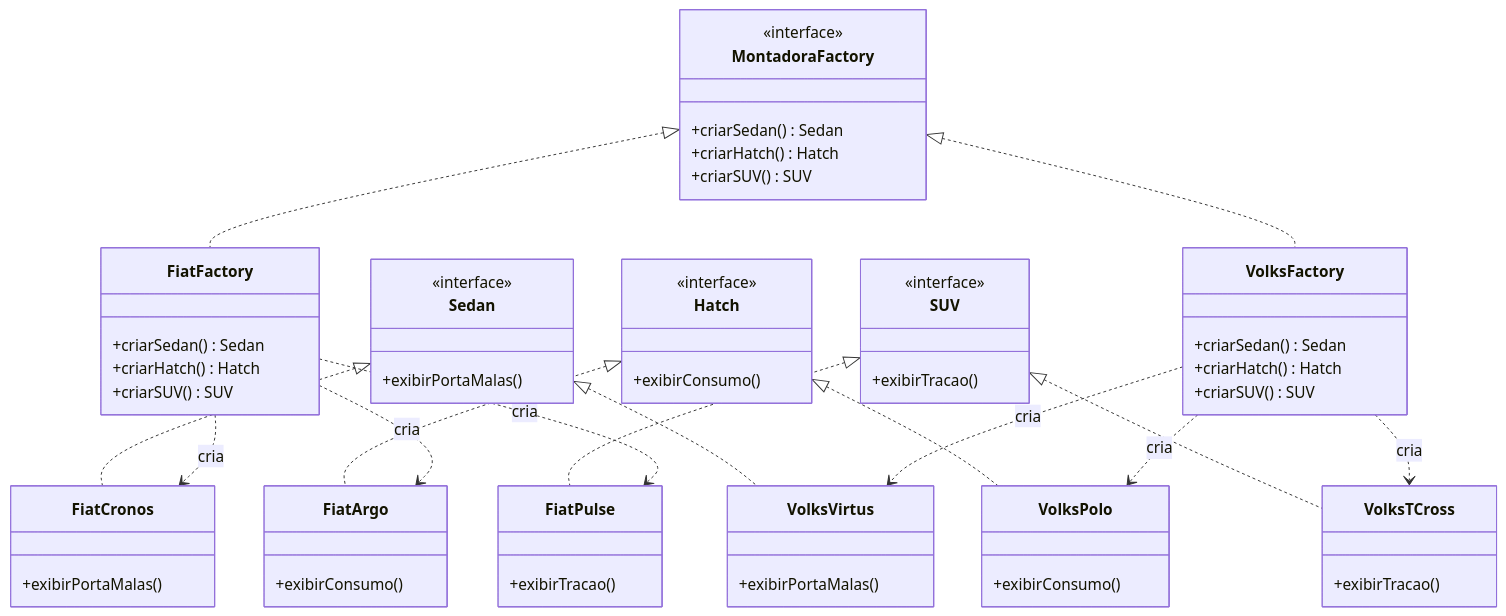
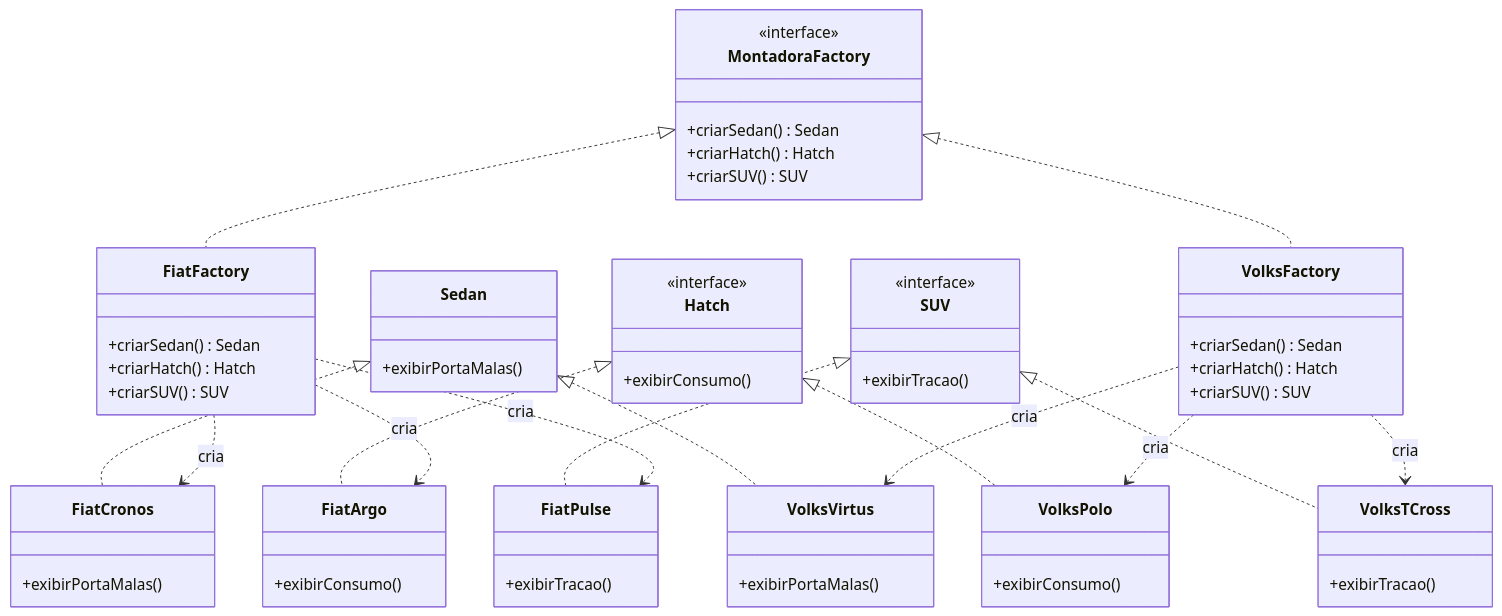
Before and after one commit to Bia-Novais/padroes-projeto-factory: the diagram in README.md, drawn with Mermaid.

Commit message:
Fix interface declaration in Sedan class

````diff
--- a/README.md
+++ b/README.md
@@ -9,64 +9,64 @@
 ```mermaid
 classDiagram
     class MontadoraFactory {
         <<interface>>
         +criarSedan() Sedan
         +criarHatch() Hatch
         +criarSUV() SUV
     }
 
     class FiatFactory {
         +criarSedan() Sedan
         +criarHatch() Hatch
         +criarSUV() SUV
     }
 
     class VolksFactory {
         +criarSedan() Sedan
         +criarHatch() Hatch
         +criarSUV() SUV
     }
 
     class Sedan {
-        <<interface>>
+        <interface>
         +exibirPortaMalas()
     }
 
     class Hatch {
         <<interface>>
         +exibirConsumo()
     }
 
     class SUV {
         <<interface>>
         +exibirTracao()
     }
 
     class FiatCronos { +exibirPortaMalas() }
     class FiatArgo { +exibirConsumo() }
     class FiatPulse { +exibirTracao() }
 
     class VolksVirtus { +exibirPortaMalas() }
     class VolksPolo { +exibirConsumo() }
     class VolksTCross { +exibirTracao() }
 
     MontadoraFactory <|.. FiatFactory
     MontadoraFactory <|.. VolksFactory
 
     Sedan <|.. FiatCronos
     Sedan <|.. VolksVirtus
 
     Hatch <|.. FiatArgo
     Hatch <|.. VolksPolo
 
     SUV <|.. FiatPulse
     SUV <|.. VolksTCross
 
     FiatFactory ..> FiatCronos : cria
     FiatFactory ..> FiatArgo : cria
     FiatFactory ..> FiatPulse : cria
 
     VolksFactory ..> VolksVirtus : cria
     VolksFactory ..> VolksPolo : cria
     VolksFactory ..> VolksTCross : cria
 ```
````
